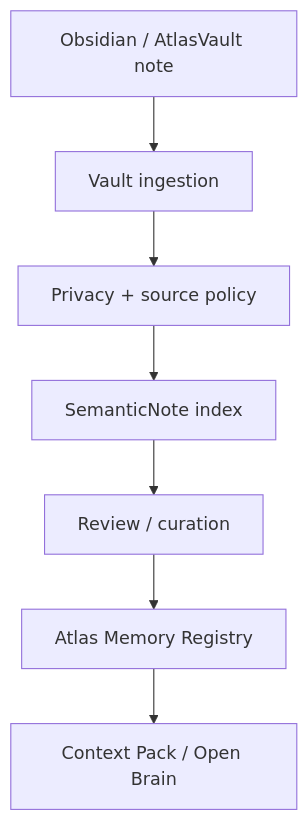
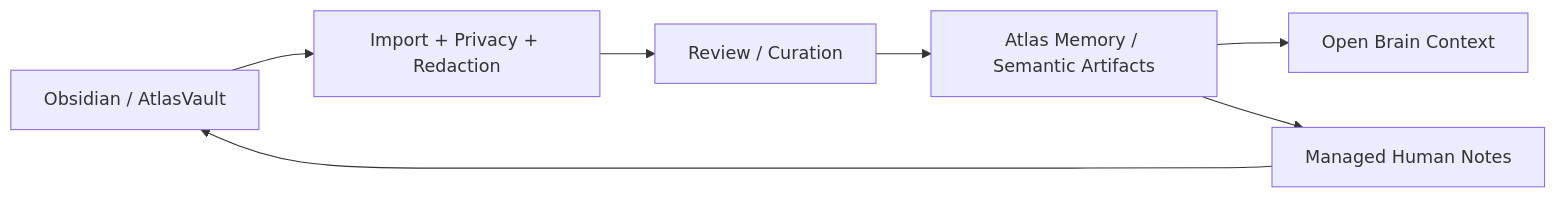
One commit to Vitorepf/atlas-server changed the diagram in docs/engineering-knowledge-base/obsidian-atlas-vault.md. Above: the diagram before and after it, drawn with Mermaid. The commit also changed other lines of this file and 289 other files, not shown here.

````diff
--- a/docs/engineering-knowledge-base/obsidian-atlas-vault.md
+++ b/docs/engineering-knowledge-base/obsidian-atlas-vault.md
@@ -137,12 +115,12 @@
 ```mermaid
-flowchart TD
-    O["Obsidian / AtlasVault note"]
-    I["Vault ingestion"]
-    P["Privacy + source policy"]
-    S["SemanticNote index"]
-    R["Review / curation"]
-    M["Atlas Memory Registry"]
-    C["Context Pack / Open Brain"]
+flowchart LR
+    VAULT["Obsidian / AtlasVault"]
+    INGEST["Import + Privacy + Redaction"]
+    REVIEW["Review / Curation"]
+    MEMORY["Atlas Memory / Semantic Artifacts"]
+    OPENBRAIN["Open Brain Context"]
+    PROJECTION["Managed Human Notes"]
 
-    O --> I --> P --> S --> R --> M --> C
+    VAULT --> INGEST --> REVIEW --> MEMORY --> OPENBRAIN
+    MEMORY --> PROJECTION --> VAULT
 ```
````
